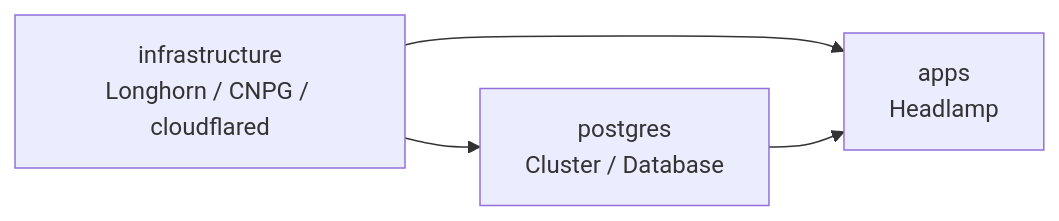
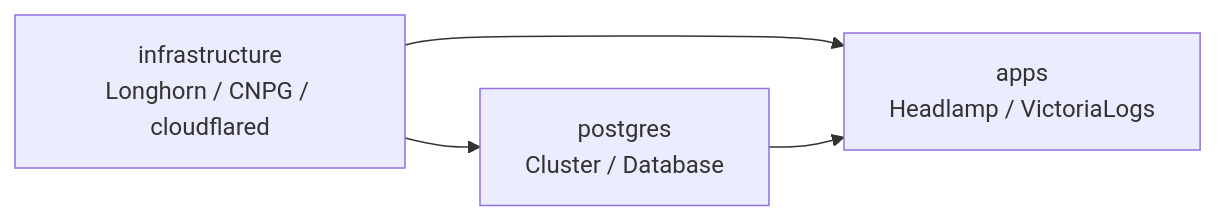
Before and after one commit to tsuji-riya/lab: the third of 3 diagrams in README.md, drawn with Mermaid. The commit also changed other lines of this file and 9 other files, not shown here.

````diff
--- a/README.md
+++ b/README.md
@@ -188,6 +222,6 @@
 ```mermaid
 flowchart LR
     a["infrastructure<br/>Longhorn / CNPG / cloudflared"] --> b["postgres<br/>Cluster / Database"]
-    a --> c["apps<br/>Headlamp"]
+    a --> c["apps<br/>Headlamp / VictoriaLogs"]
     b --> c
 ```
````
